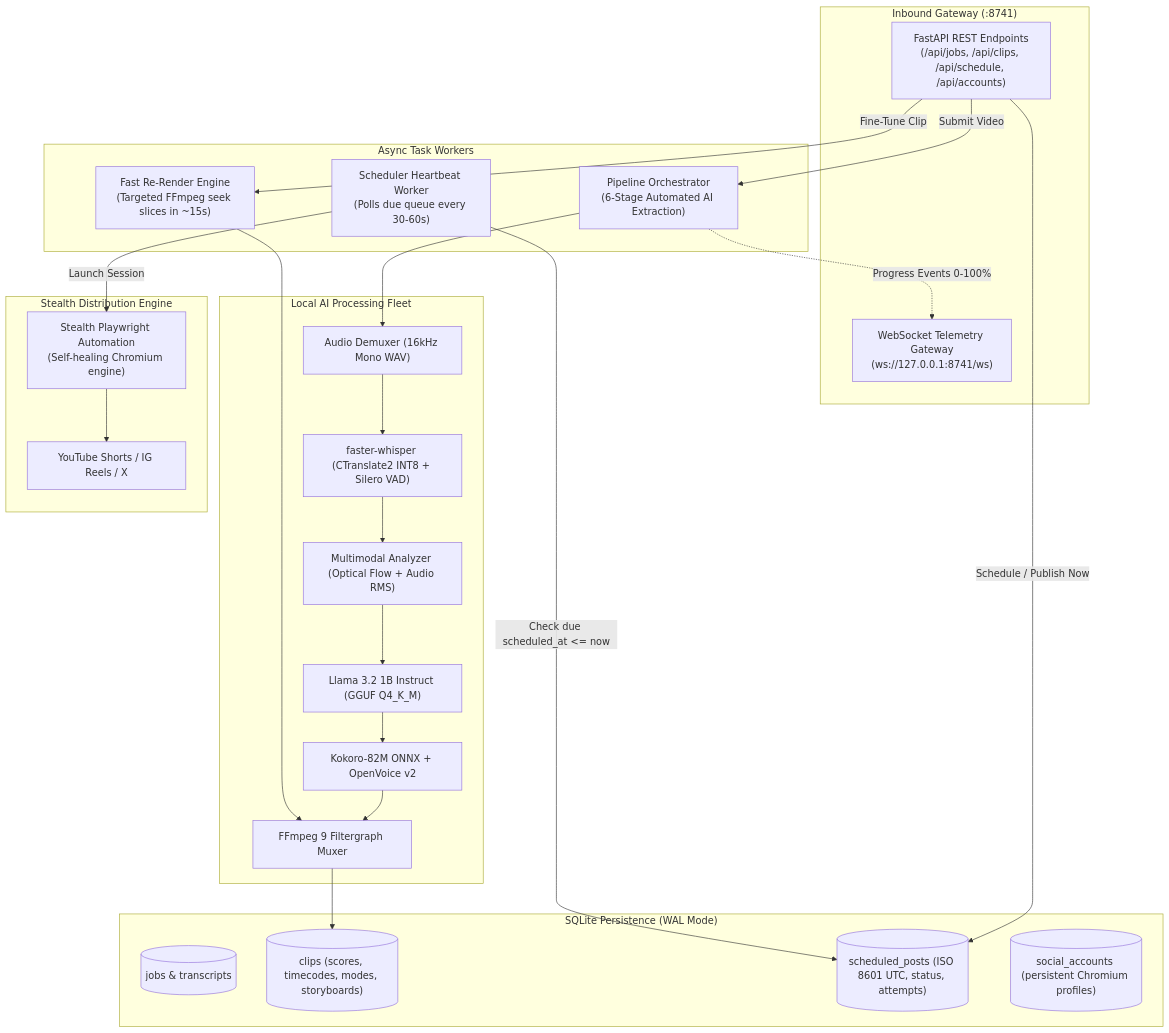
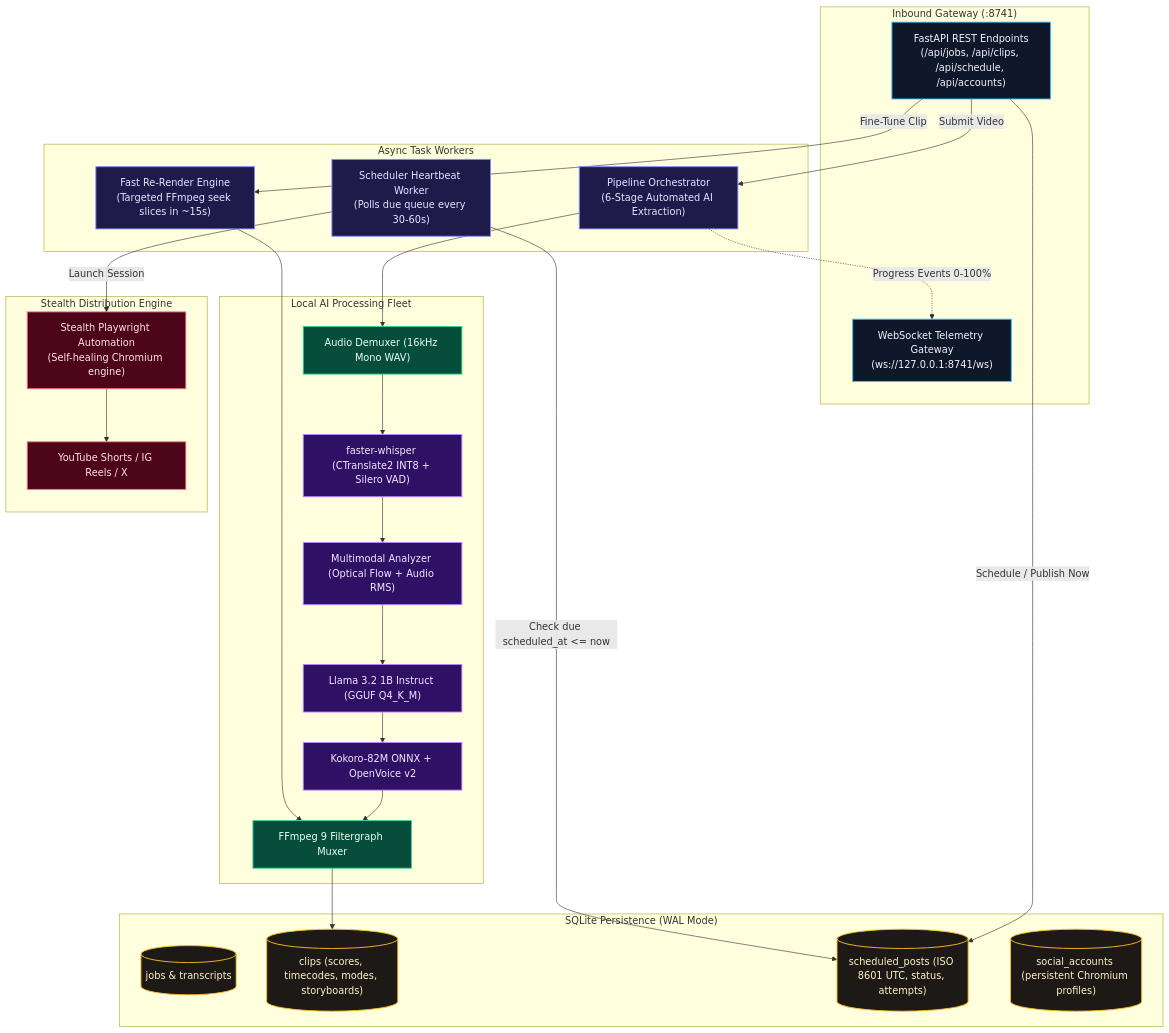
Before and after one commit to DivyamJoshi2005/Alfred: the first of 4 diagrams in backend/README.md, drawn with Mermaid. The commit also changed other lines of this file and 1 other file, not shown here.

Commit message:
docs: add minimal, vibrant slate & neon accent styling to all Mermaid architecture diagrams

````diff
--- a/backend/README.md
+++ b/backend/README.md
@@ -42,45 +42,52 @@
 ```mermaid
 flowchart TD
+    classDef gateway fill:#0f172a,stroke:#38bdf8,stroke-width:1.5px,color:#f1f5f9;
+    classDef worker fill:#1e1b4b,stroke:#818cf8,stroke-width:1.5px,color:#e0e7ff;
+    classDef ai fill:#2e1065,stroke:#c084fc,stroke-width:1.5px,color:#f3e8ff;
+    classDef media fill:#064e3b,stroke:#34d399,stroke-width:1.5px,color:#ecfdf5;
+    classDef db fill:#1c1917,stroke:#fbbf24,stroke-width:1.5px,color:#fef3c7;
+    classDef social fill:#4c0519,stroke:#fb7185,stroke-width:1.5px,color:#ffe4e6;
+
     subgraph Inbound ["Inbound Gateway (:8741)"]
-        HTTP["FastAPI REST Endpoints\n(/api/jobs, /api/clips, /api/schedule, /api/accounts)"]
-        WS["WebSocket Telemetry Gateway\n(ws://127.0.0.1:8741/ws)"]
+        HTTP["FastAPI REST Endpoints\n(/api/jobs, /api/clips, /api/schedule, /api/accounts)"]:::gateway
+        WS["WebSocket Telemetry Gateway\n(ws://127.0.0.1:8741/ws)"]:::gateway
     end
 
     subgraph Workers ["Async Task Workers"]
-        Orchestrator["Pipeline Orchestrator\n(6-Stage Automated AI Extraction)"]
-        ReRenderer["Fast Re-Render Engine\n(Targeted FFmpeg seek slices in ~15s)"]
-        Dispatcher["Scheduler Heartbeat Worker\n(Polls due queue every 30-60s)"]
+        Orchestrator["Pipeline Orchestrator\n(6-Stage Automated AI Extraction)"]:::worker
+        ReRenderer["Fast Re-Render Engine\n(Targeted FFmpeg seek slices in ~15s)"]:::worker
+        Dispatcher["Scheduler Heartbeat Worker\n(Polls due queue every 30-60s)"]:::worker
     end
 
     subgraph AI_Engine ["Local AI Processing Fleet"]
-        Demux["Audio Demuxer (16kHz Mono WAV)"]
-        Whisper["faster-whisper (CTranslate2 INT8 + Silero VAD)"]
-        Analyzer["Multimodal Analyzer (Optical Flow + Audio RMS)"]
-        Llama["Llama 3.2 1B Instruct (GGUF Q4_K_M)"]
-        Kokoro["Kokoro-82M ONNX + OpenVoice v2"]
-        Assembler["FFmpeg 9 Filtergraph Muxer"]
+        Demux["Audio Demuxer (16kHz Mono WAV)"]:::media
+        Whisper["faster-whisper (CTranslate2 INT8 + Silero VAD)"]:::ai
+        Analyzer["Multimodal Analyzer (Optical Flow + Audio RMS)"]:::ai
+        Llama["Llama 3.2 1B Instruct (GGUF Q4_K_M)"]:::ai
+        Kokoro["Kokoro-82M ONNX + OpenVoice v2"]:::ai
+        Assembler["FFmpeg 9 Filtergraph Muxer"]:::media
     end
 
     subgraph Storage ["SQLite Persistence (WAL Mode)"]
-        T_Jobs[("jobs & transcripts")]
-        T_Clips[("clips (scores, timecodes, modes, storyboards)")]
-        T_Schedule[("scheduled_posts (ISO 8601 UTC, status, attempts)")]
-        T_Accounts[("social_accounts (persistent Chromium profiles)")]
+        T_Jobs[("jobs & transcripts")]:::db
+        T_Clips[("clips (scores, timecodes, modes, storyboards)")]:::db
+        T_Schedule[("scheduled_posts (ISO 8601 UTC, status, attempts)")]:::db
+        T_Accounts[("social_accounts (persistent Chromium profiles)")]:::db
     end
 
     subgraph Outbound ["Stealth Distribution Engine"]
-        Playwright["Stealth Playwright Automation\n(Self-healing Chromium engine)"]
-        Social["YouTube Shorts / IG Reels / X"]
+        Playwright["Stealth Playwright Automation\n(Self-healing Chromium engine)"]:::social
+        Social["YouTube Shorts / IG Reels / X"]:::social
     end
 
     HTTP -->|Submit Video| Orchestrator
     HTTP -->|Fine-Tune Clip| ReRenderer
     HTTP -->|Schedule / Publish Now| T_Schedule
     Orchestrator --> Demux --> Whisper --> Analyzer --> Llama --> Kokoro --> Assembler
     Assembler --> T_Clips
     ReRenderer --> Assembler
     Orchestrator -.->|Progress Events 0-100%| WS
     Dispatcher -->|Check due scheduled_at <= now| T_Schedule
     Dispatcher -->|Launch Session| Playwright
     Playwright --> Social
 ```
````
